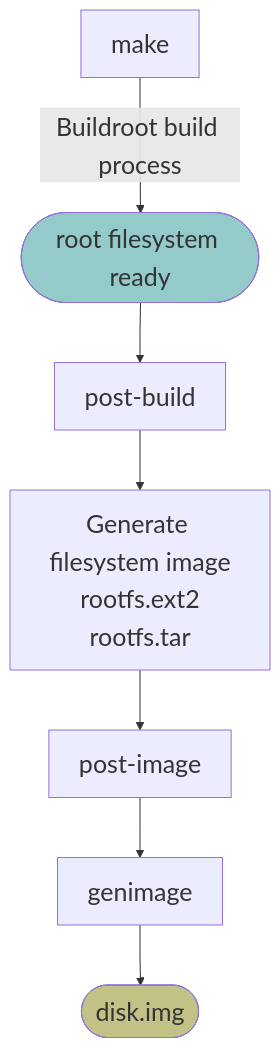
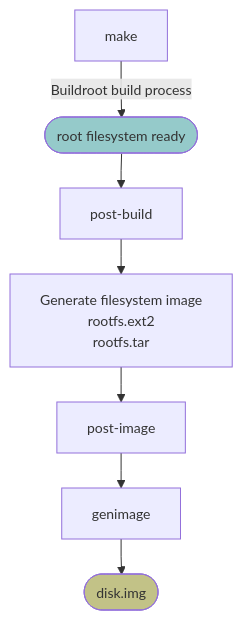
One commit to Jingyu1998/Buildroot-Custom-Image-Generation changed the diagram in README.md. Above: the diagram before and after it, drawn with Mermaid.

````diff
--- a/README.md
+++ b/README.md
@@ -13,32 +13,32 @@
 ```mermaid
 %%{init: {
   'flowchart': { 
     'nodeSpacing': 40, 
-    'rankSpacing': 60,
+    'rankSpacing': 35,
     'curve': 'linear'
   },
   'themeVariables': {
-    'fontSize': '25px',
+    'fontSize': '14px',
     'fontFamily': 'monospace'
   }
 }}%%
 flowchart TD
     %% Define Styles
     classDef Prerequisites fill:#95CACA
     classDef Image fill:#C2C287
 
     %% Nodes
     string0["make"]
     string1(["root filesystem ready"]):::Prerequisites
     string2["post-build"]
     string3["Generate filesystem image<br/>rootfs.ext2<br/>rootfs.tar"]
     string4["post-image"]
     string5["genimage"]
     string6(["disk.img"]):::Image
     
     %% Connection
     string0 --Buildroot build process--> string1
     
     string1 --> string2 --> string3 --> string4 
     string4 --> string5 --> string6
 ```
````
